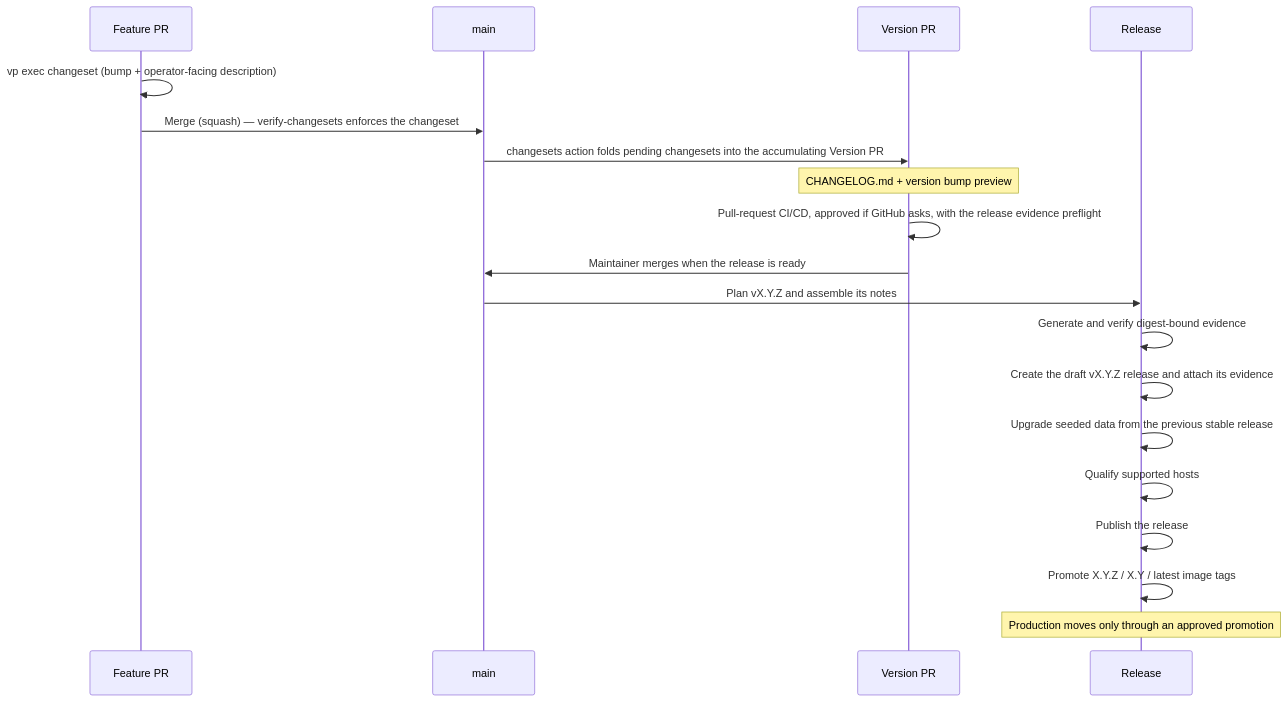
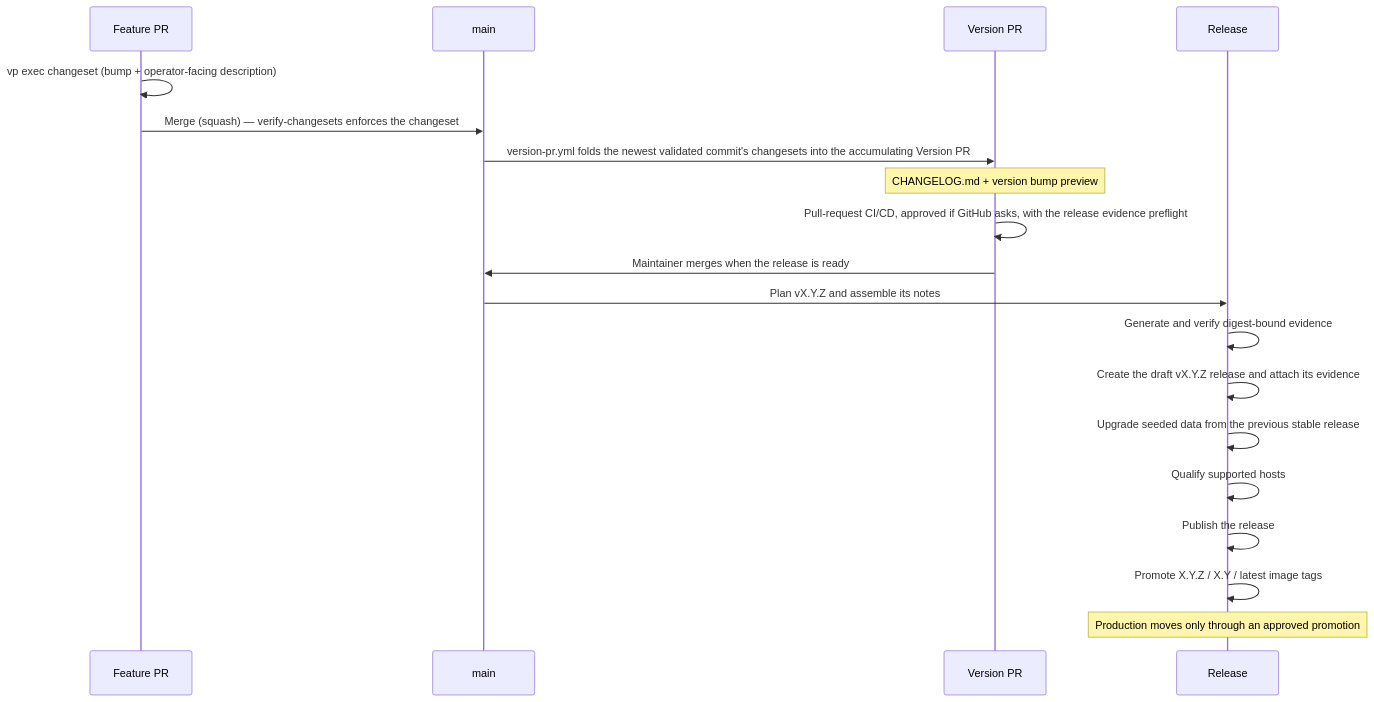
Before and after one commit to hephaestus-build/Hephaestus: the diagram in docs/contributor/release-management.mdx, drawn with Mermaid. The commit also changed other lines of this file and 6 other files, not shown here.

First line of the commit message:
ci(release): maintain the Version PR from the newest validated main commit

````diff
--- a/docs/contributor/release-management.mdx
+++ b/docs/contributor/release-management.mdx
@@ -27,24 +27,24 @@
 ```mermaid
 sequenceDiagram
     accTitle: Changesets release workflow
     accDescr: Feature pull requests add changesets, the version pull request consumes them, and merging the version pull request publishes the release.
     participant PR as Feature PR
     participant M as main
     participant VP as Version PR
     participant R as Release
 
     PR->>PR: vp exec changeset (bump + operator-facing description)
     PR->>M: Merge (squash) — verify-changesets enforces the changeset
-    M->>VP: changesets action folds pending changesets into the accumulating Version PR
+    M->>VP: version-pr.yml folds the newest validated commit's changesets into the accumulating Version PR
     Note over VP: CHANGELOG.md + version bump preview
     VP->>VP: Pull-request CI/CD, approved if GitHub asks, with the release evidence preflight
     VP->>M: Maintainer merges when the release is ready
     M->>R: Plan vX.Y.Z and assemble its notes
     R->>R: Generate and verify digest-bound evidence
     R->>R: Create the draft vX.Y.Z release and attach its evidence
     R->>R: Upgrade seeded data from the previous stable release
     R->>R: Qualify supported hosts
     R->>R: Publish the release
     R->>R: Promote X.Y.Z / X.Y / latest image tags
     Note over R: Production moves only through an approved promotion
 ```
````
